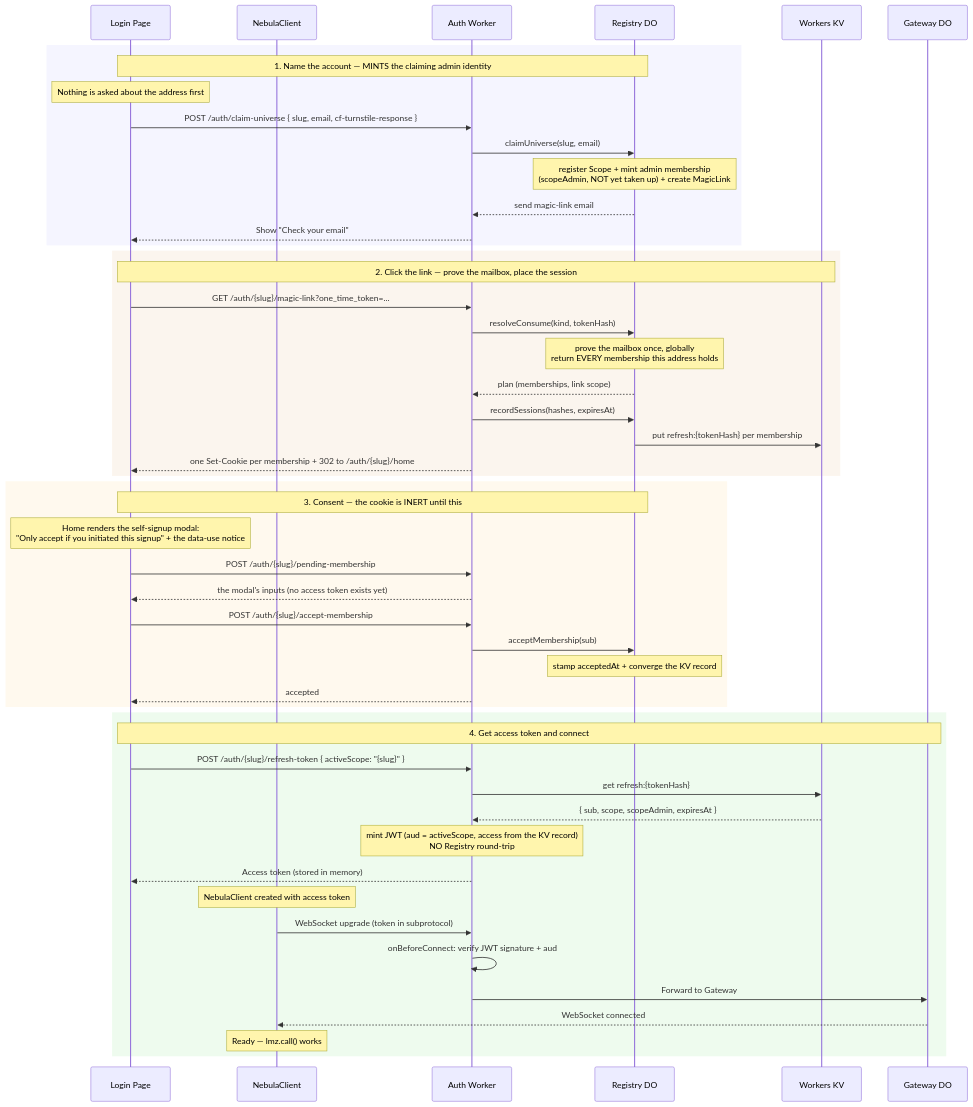
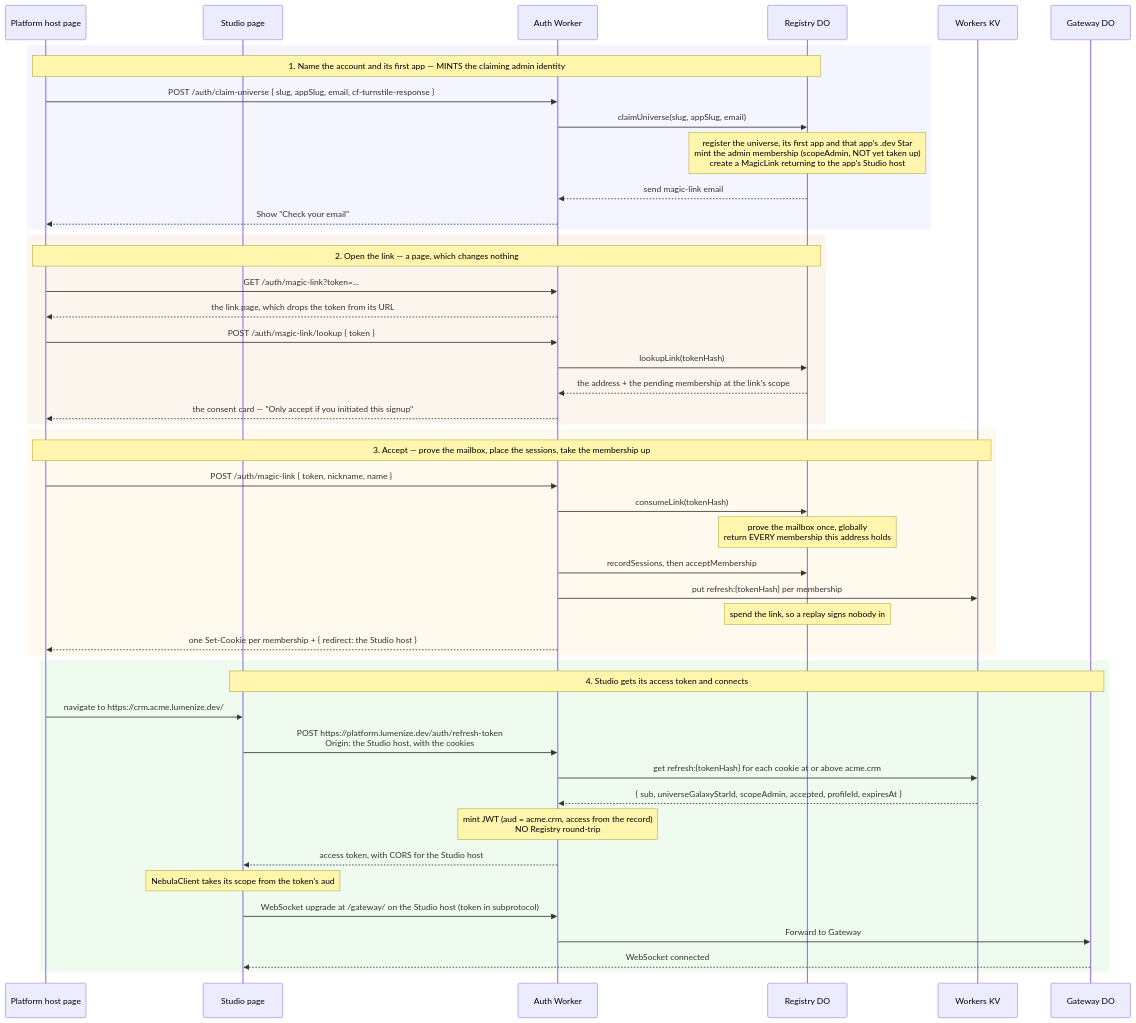
The first of 5 diagrams in website/docs/nebula/auth-flows.md (lumenize/lumenize), drawn with Mermaid before and after one commit. The commit also changed other lines of this file and 324 other files, not shown here.

First line of the commit message:
feat(nebula): every scope on its own host, sessions on the platform host

````diff
--- a/website/docs/nebula/auth-flows.md
+++ b/website/docs/nebula/auth-flows.md
@@ -40,56 +39,53 @@
 ```mermaid
 sequenceDiagram
-    participant UI as Login Page
-    participant NC as NebulaClient
+    participant P as Platform host page
+    participant S as Studio page
     participant W as Auth Worker
     participant R as Registry DO
     participant KV as Workers KV
     participant GW as Gateway DO
 
     rect rgba(220, 220, 255, 0.3)
-        Note over UI,R: 1. Name the account — MINTS the claiming admin identity
-        Note over UI: Nothing is asked about the address first
-        UI->>W: POST /auth/claim-universe { slug, email, cf-turnstile-response }
-        W->>R: claimUniverse(slug, email)
-        Note over R: register Scope + mint admin membership<br/>(scopeAdmin, NOT yet taken up) + create MagicLink
+        Note over P,R: 1. Name the account and its first app — MINTS the claiming admin identity
+        P->>W: POST /auth/claim-universe { slug, appSlug, email, cf-turnstile-response }
+        W->>R: claimUniverse(slug, appSlug, email)
+        Note over R: register the universe, its first app and that app's .dev Star<br/>mint the admin membership (scopeAdmin, NOT yet taken up)<br/>create a MagicLink returning to the app's Studio host
         R-->>W: send magic-link email
-        W-->>UI: Show "Check your email"
+        W-->>P: Show "Check your email"
     end
 
     rect rgba(240, 220, 200, 0.3)
-        Note over UI,KV: 2. Click the link — prove the mailbox, place the session
-        UI->>W: GET /auth/{slug}/magic-link?one_time_token=...
-        W->>R: resolveConsume(kind, tokenHash)
-        Note over R: prove the mailbox once, globally<br/>return EVERY membership this address holds
-        R-->>W: plan (memberships, link scope)
-        W->>R: recordSessions(hashes, expiresAt)
-        R->>KV: put refresh:{tokenHash} per membership
-        W-->>UI: one Set-Cookie per membership + 302 to /auth/{slug}/home
+        Note over P,R: 2. Open the link — a page, which changes nothing
+        P->>W: GET /auth/magic-link?token=...
+        W-->>P: the link page, which drops the token from its URL
+        P->>W: POST /auth/magic-link/lookup { token }
+        W->>R: lookupLink(tokenHash)
+        R-->>W: the address + the pending membership at the link's scope
+        W-->>P: the consent card — "Only accept if you initiated this signup"
     end
 
     rect rgba(255, 235, 200, 0.3)
-        Note over UI,R: 3. Consent — the cookie is INERT until this
-        Note over UI: Home renders the self-signup modal:<br/>"Only accept if you initiated this signup" + the data-use notice
-        UI->>W: POST /auth/{slug}/pending-membership
-        W-->>UI: the modal's inputs (no access token exists yet)
-        UI->>W: POST /auth/{slug}/accept-membership
-        W->>R: acceptMembership(sub)
-        Note over R: stamp acceptedAt + converge the KV record
-        W-->>UI: accepted
+        Note over P,KV: 3. Accept — prove the mailbox, place the sessions, take the membership up
+        P->>W: POST /auth/magic-link { token, nickname, name }
+        W->>R: consumeLink(tokenHash)
+        Note over R: prove the mailbox once, globally<br/>return EVERY membership this address holds
+        W->>R: recordSessions, then acceptMembership
+        W->>KV: put refresh:{tokenHash} per membership
+        Note over R: spend the link, so a replay signs nobody in
+        W-->>P: one Set-Cookie per membership + { redirect: the Studio host }
     end
 
     rect rgba(200, 240, 200, 0.3)
-        Note over UI,GW: 4. Get access token and connect
-        UI->>W: POST /auth/{slug}/refresh-token { activeScope: "{slug}" }
-        W->>KV: get refresh:{tokenHash}
-        KV-->>W: { sub, scope, scopeAdmin, expiresAt }
-        Note over W: mint JWT (aud = activeScope, access from the KV record)<br/>NO Registry round-trip
-        W-->>UI: Access token (stored in memory)
-        Note over NC: NebulaClient created with access token
-        NC->>W: WebSocket upgrade (token in subprotocol)
-        W->>W: onBeforeConnect: verify JWT signature + aud
+        Note over S,GW: 4. Studio gets its access token and connects
+        P->>S: navigate to https://crm.acme.lumenize.dev/
+        S->>W: POST https://platform.lumenize.dev/auth/refresh-token<br/>Origin: the Studio host, with the cookies
+        W->>KV: get refresh:{tokenHash} for each cookie at or above acme.crm
+        KV-->>W: { sub, universeGalaxyStarId, scopeAdmin, accepted, profileId, expiresAt }
+        Note over W: mint JWT (aud = acme.crm, access from the record)<br/>NO Registry round-trip
+        W-->>S: access token, with CORS for the Studio host
+        Note over S: NebulaClient takes its scope from the token's aud
+        S->>W: WebSocket upgrade at /gateway/ on the Studio host (token in subprotocol)
         W->>GW: Forward to Gateway
-        GW-->>NC: WebSocket connected
-        Note over NC: Ready — lmz.call() works
+        GW-->>S: WebSocket connected
     end
 ```
````
